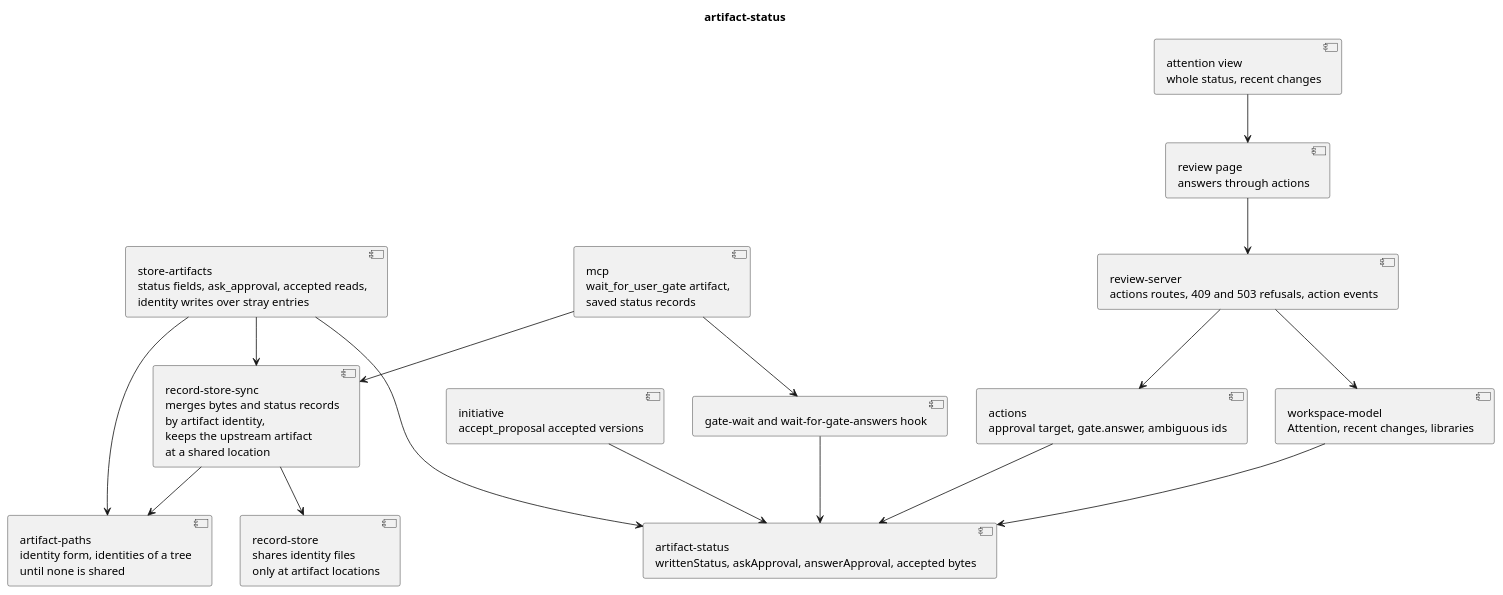
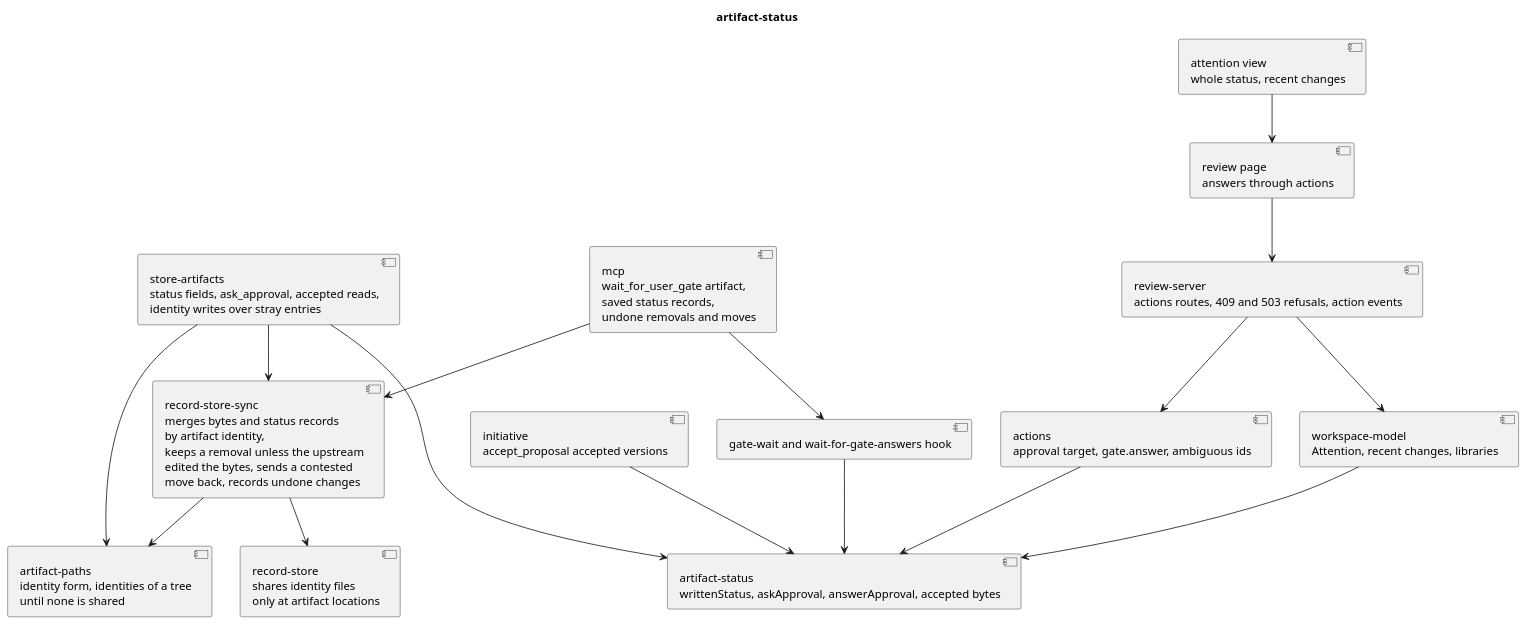
One commit to RumyantsevMichael/Prism changed the diagram in docs/plans/workspace-artifacts/artifact-status/code.puml. Above: the diagram before and after it, drawn with PlantUML. The commit also changed 5 other files, not shown here.

First line of the commit message:
chore: keep a local removal unless the other machine edited the file

```diff
--- a/docs/plans/workspace-artifacts/artifact-status/code.puml
+++ b/docs/plans/workspace-artifacts/artifact-status/code.puml
@@ -1,33 +1,33 @@
 @startuml
 title artifact-status
 
 component "artifact-status\nwrittenStatus, askApproval, answerApproval, accepted bytes" as status
 component "store-artifacts\nstatus fields, ask_approval, accepted reads,\nidentity writes over stray entries" as tools
 component "initiative\naccept_proposal accepted versions" as initiative
 component "workspace-model\nAttention, recent changes, libraries" as model
 component "actions\napproval target, gate.answer, ambiguous ids" as actions
 component "review-server\nactions routes, 409 and 503 refusals, action events" as server
 component "review page\nanswers through actions" as page
 component "attention view\nwhole status, recent changes" as view
 component "gate-wait and wait-for-gate-answers hook" as wait
-component "mcp\nwait_for_user_gate artifact,\nsaved status records" as mcp
-component "record-store-sync\nmerges bytes and status records\nby artifact identity,\nkeeps the upstream artifact\nat a shared location" as sync
+component "mcp\nwait_for_user_gate artifact,\nsaved status records,\nundone removals and moves" as mcp
+component "record-store-sync\nmerges bytes and status records\nby artifact identity,\nkeeps a removal unless the upstream\nedited the bytes, sends a contested\nmove back, records undone changes" as sync
 component "artifact-paths\nidentity form, identities of a tree\nuntil none is shared" as paths
 component "record-store\nshares identity files\nonly at artifact locations" as layout
 
 tools --> status
 initiative --> status
 model --> status
 server --> model
 server --> actions
 actions --> status
 view --> page
 page --> server
 mcp --> wait
 wait --> status
 mcp --> sync
 tools --> sync
 tools --> paths
 sync --> paths
 sync --> layout
 @enduml
```
